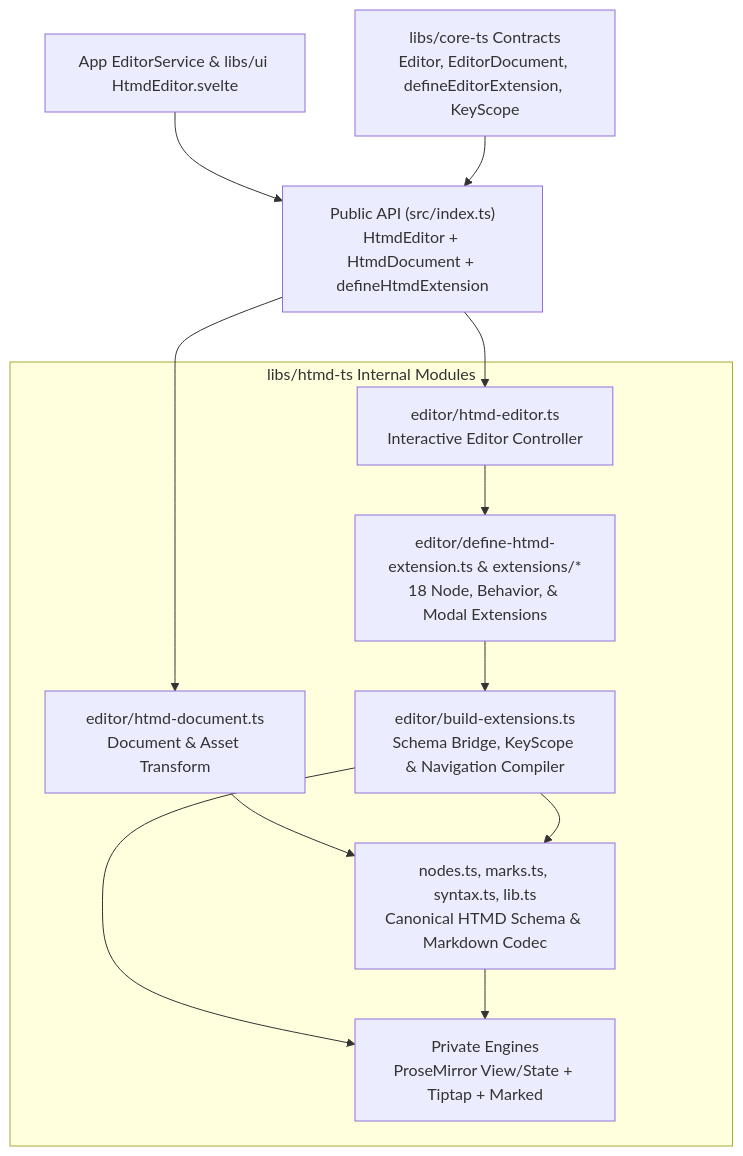
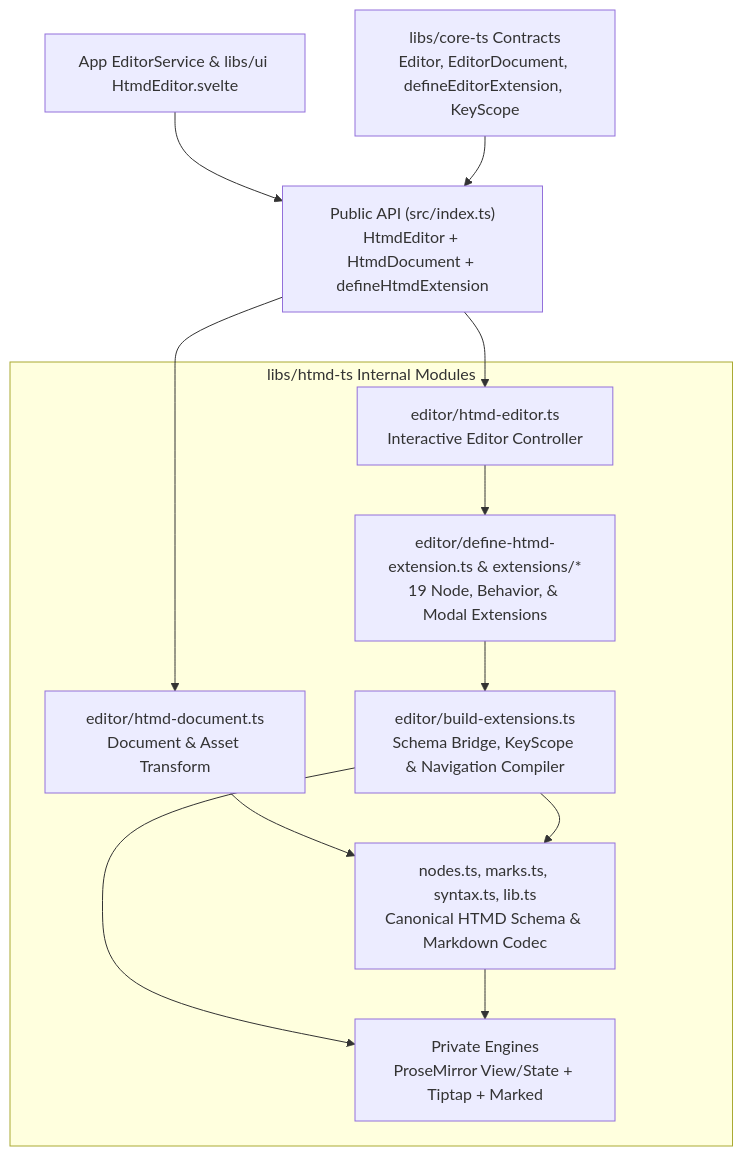
Before and after one commit to hypertextual/hypertextual: the first of 2 diagrams in docs/architecture/htmd-ts/index.md, drawn with Mermaid. The commit also changed other lines of this file and 39 other files, not shown here.

Commit message:
feat(editor): add dedicated Mermaid node, NodeView, and PipWindow

````diff
--- a/docs/architecture/htmd-ts/index.md
+++ b/docs/architecture/htmd-ts/index.md
@@ -31,21 +31,21 @@
 ```mermaid
 flowchart TD
     Consumers["App EditorService & libs/ui HtmdEditor.svelte"]
     CoreTS["libs/core-ts Contracts<br/>Editor, EditorDocument, defineEditorExtension, KeyScope"]
     EditorAPI["Public API (src/index.ts)<br/>HtmdEditor + HtmdDocument + defineHtmdExtension"]
 
     subgraph HTMD["libs/htmd-ts Internal Modules"]
         HE["editor/htmd-editor.ts<br/>Interactive Editor Controller"]
         HD["editor/htmd-document.ts<br/>Document & Asset Transform"]
-        EXT["editor/define-htmd-extension.ts & extensions/*<br/>18 Node, Behavior, & Modal Extensions"]
+        EXT["editor/define-htmd-extension.ts & extensions/*<br/>19 Node, Behavior, & Modal Extensions"]
         BE["editor/build-extensions.ts<br/>Schema Bridge, KeyScope & Navigation Compiler"]
         Schema["nodes.ts, marks.ts, syntax.ts, lib.ts<br/>Canonical HTMD Schema & Markdown Codec"]
         Engines["Private Engines<br/>ProseMirror View/State + Tiptap + Marked"]
     end
 
     Consumers & CoreTS --> EditorAPI
     EditorAPI --> HE & HD
     HE --> EXT --> BE
     HD & BE --> Schema
     BE & Schema --> Engines
 ```
````
